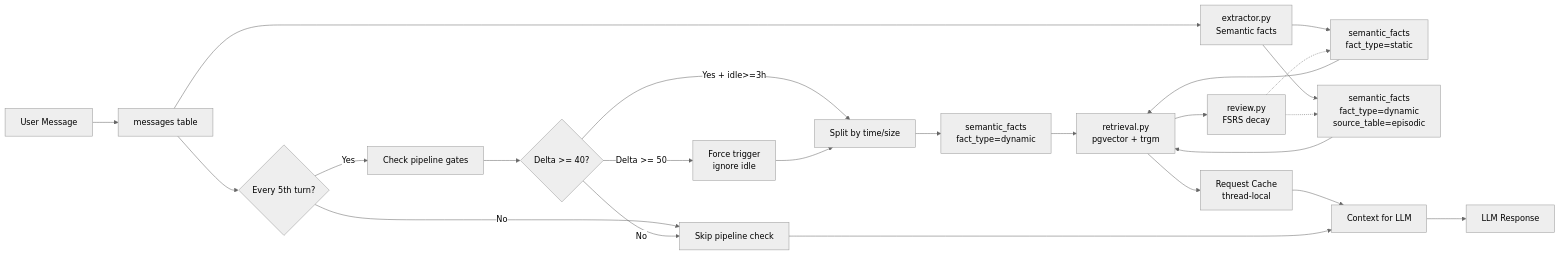
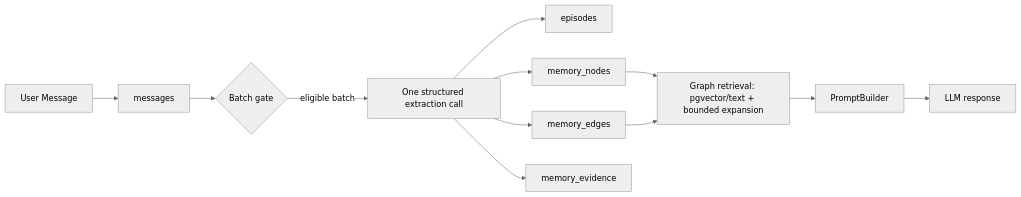
Before and after one commit to icedeyes12/yuzu-core: the fourth of 7 diagrams in app/README.md, drawn with Mermaid (neutral theme). The commit also changed other lines of this file and 61 other files, not shown here.

First line of the commit message:
refactor(memory): complete memory architecture recovery

````diff
--- a/app/README.md
+++ b/app/README.md
@@ -354,26 +346,14 @@
 ```mermaid
 flowchart LR
-    A[User Message] --> B[messages table]
-    B --> C{Every 5th turn?}
-    C -->|Yes| D[Check pipeline gates]
-    C -->|No| E[Skip pipeline check]
-    D --> F{Delta >= 40?}
-    F -->|Yes + idle>=3h| G[Split by time/size]
-    F -->|Delta >= 50| H[Force trigger<br/>ignore idle]
-    F -->|No| E
-    H --> G
-    G --> I[semantic_facts<br/>fact_type=dynamic]
-    B --> J[extractor.py<br/>Semantic facts]
-    J --> K[semantic_facts<br/>fact_type=static]
-    J --> L[semantic_facts<br/>fact_type=dynamic<br/>source_table=episodic]
-    I --> M[retrieval.py<br/>pgvector + trgm]
-    K --> M
-    L --> M
-    M --> N[Request Cache<br/>thread-local]
-    N --> O[Context for LLM]
-    O --> P[LLM Response]
-    M --> Q[review.py<br/>FSRS decay]
-    Q -.-> K
-    Q -.-> L
-    E --> O
+    A[User Message] --> B[messages]
+    B --> C{Batch gate}
+    C -->|eligible batch| D[One structured extraction call]
+    D --> E[episodes]
+    D --> F[memory_nodes]
+    D --> G[memory_edges]
+    D --> H[memory_evidence]
+    F --> I[Graph retrieval: pgvector/text + bounded expansion]
+    G --> I
+    I --> J[PromptBuilder]
+    J --> K[LLM response]
 ```
````
